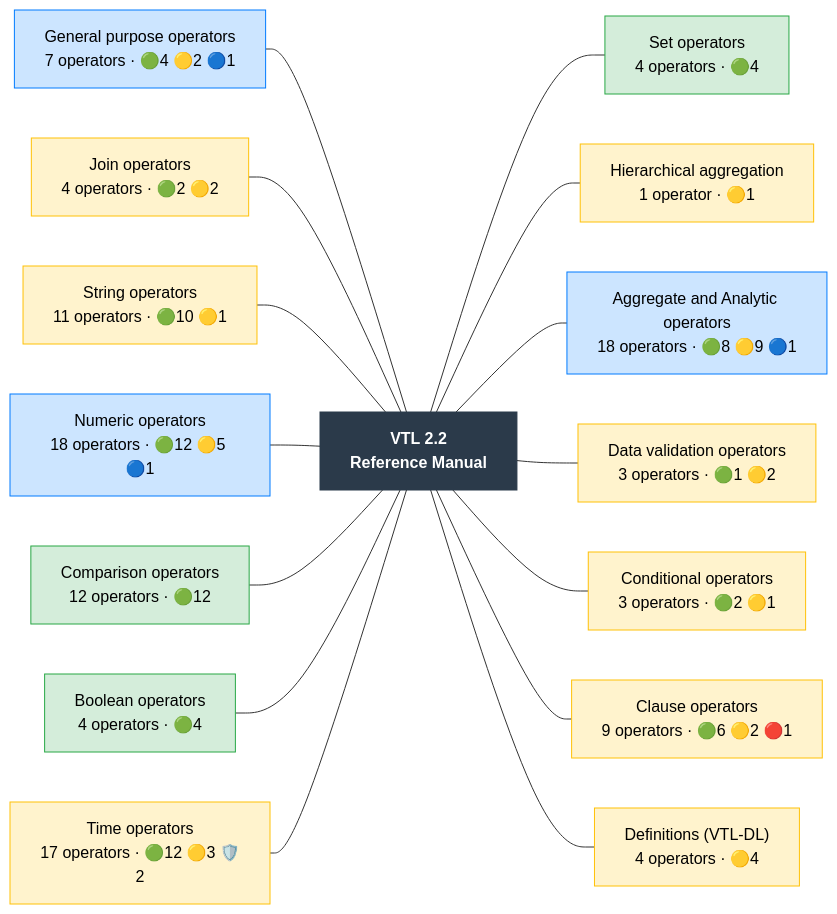
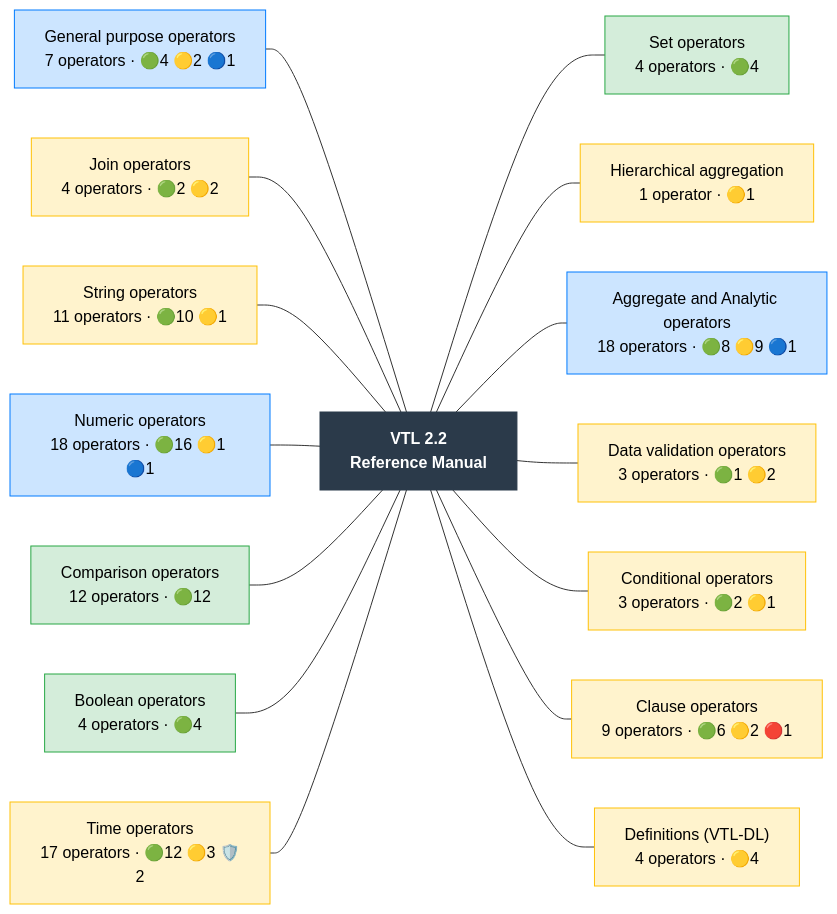
Before and after one commit to Meaningful-Data/vtlengine: the diagram in docs/operator_map/overview.rst, drawn with Mermaid. The commit also changed other lines of this file and 151 other files, not shown here.

```diff
--- a/docs/operator_map/overview.rst
+++ b/docs/operator_map/overview.rst
@@ -30,54 +30,54 @@
 .. mermaid::
    :config: {"flowchart": {"useMaxWidth": false}}
 
    flowchart LR
        classDef ok fill:#d4edda,stroke:#28a745,color:#000
        classDef partial fill:#fff3cd,stroke:#ffc107,color:#000
        classDef refused fill:#d4edda,stroke:#28a745,stroke-width:3px,stroke-dasharray: 2 2,color:#000
        classDef missing fill:#f8d7da,stroke:#dc3545,color:#000
        classDef diverge fill:#cce5ff,stroke:#007bff,color:#000
        classDef block fill:#2b3a4a,stroke:#2b3a4a,color:#fff,font-weight:bold
        classDef ext fill:#fff,stroke:#666,color:#000,stroke-dasharray: 5 5
        R["VTL 2.2<br/>Reference Manual"]:::block
        chapter__general["General purpose operators<br/>7 operators · 🟢4 🟡2 🔵1"]:::diverge
        chapter__join["Join operators<br/>4 operators · 🟢2 🟡2"]:::partial
        chapter__string["String operators<br/>11 operators · 🟢10 🟡1"]:::partial
-       chapter__numeric["Numeric operators<br/>18 operators · 🟢12 🟡5 🔵1"]:::diverge
+       chapter__numeric["Numeric operators<br/>18 operators · 🟢16 🟡1 🔵1"]:::diverge
        chapter__comparison["Comparison operators<br/>12 operators · 🟢12"]:::ok
        chapter__boolean["Boolean operators<br/>4 operators · 🟢4"]:::ok
        chapter__time["Time operators<br/>17 operators · 🟢12 🟡3 🛡️2"]:::partial
        chapter__set["Set operators<br/>4 operators · 🟢4"]:::ok
        chapter__hierarchy["Hierarchical aggregation<br/>1 operator · 🟡1"]:::partial
        chapter__aggregate["Aggregate and Analytic operators<br/>18 operators · 🟢8 🟡9 🔵1"]:::diverge
        chapter__validation["Data validation operators<br/>3 operators · 🟢1 🟡2"]:::partial
        chapter__conditional["Conditional operators<br/>3 operators · 🟢2 🟡1"]:::partial
        chapter__clause["Clause operators<br/>9 operators · 🟢6 🟡2 🔴1"]:::partial
        chapter__definitions["Definitions (VTL-DL)<br/>4 operators · 🟡4"]:::partial
        chapter__general --- R
        chapter__join --- R
        chapter__string --- R
        chapter__numeric --- R
        chapter__comparison --- R
        chapter__boolean --- R
        chapter__time --- R
        R --- chapter__set
        R --- chapter__hierarchy
        R --- chapter__aggregate
        R --- chapter__validation
        R --- chapter__conditional
        R --- chapter__clause
        R --- chapter__definitions
        click chapter__general href "general/index.html"
        click chapter__join href "join/index.html"
        click chapter__string href "string/index.html"
        click chapter__numeric href "numeric/index.html"
        click chapter__comparison href "comparison/index.html"
        click chapter__boolean href "boolean/index.html"
        click chapter__time href "time/index.html"
        click chapter__set href "set/index.html"
        click chapter__hierarchy href "hierarchy/index.html"
        click chapter__aggregate href "aggregate/index.html"
        click chapter__validation href "validation/index.html"
        click chapter__conditional href "conditional/index.html"
        click chapter__clause href "clause/index.html"
        click chapter__definitions href "definitions/index.html"
```
